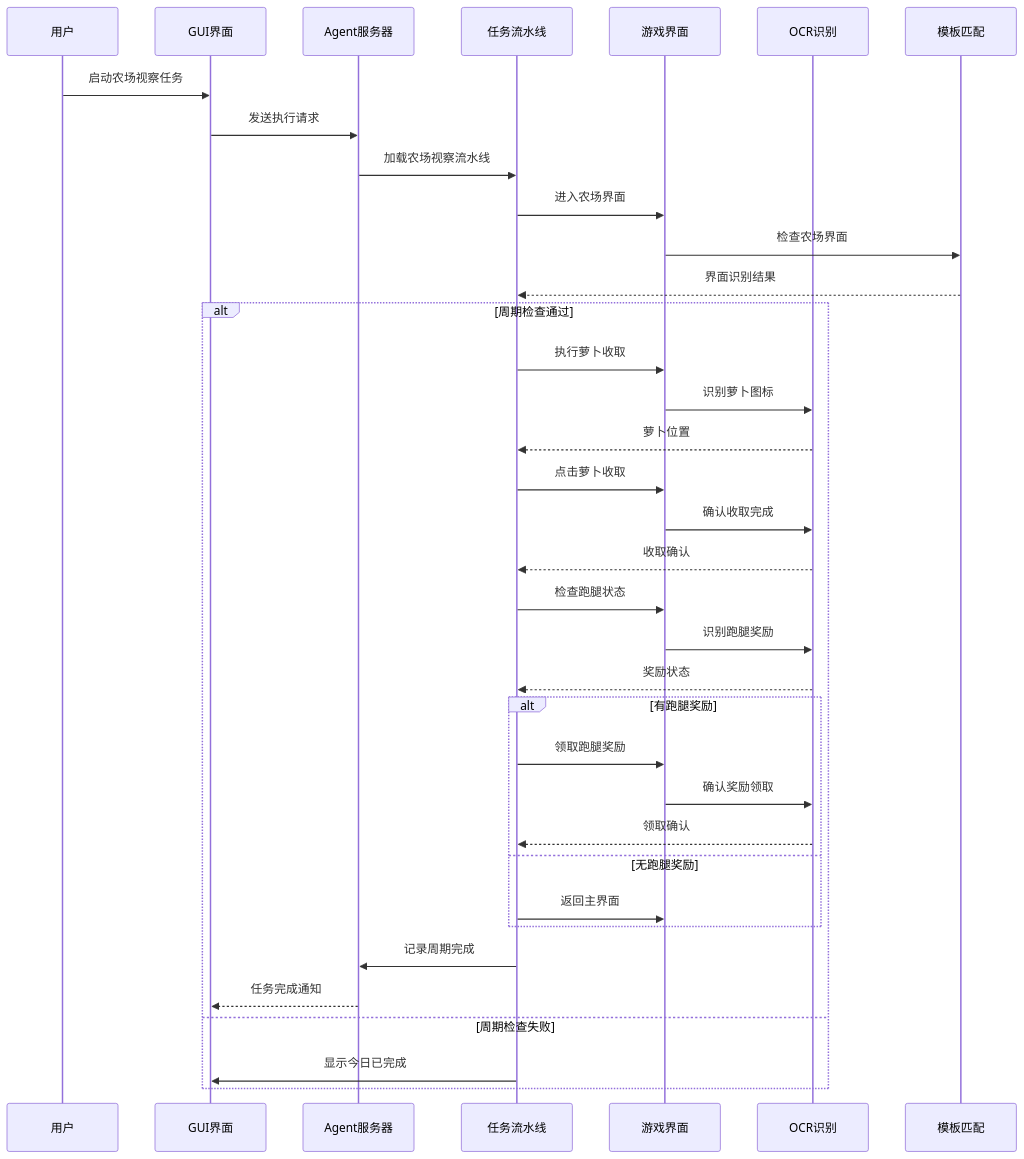
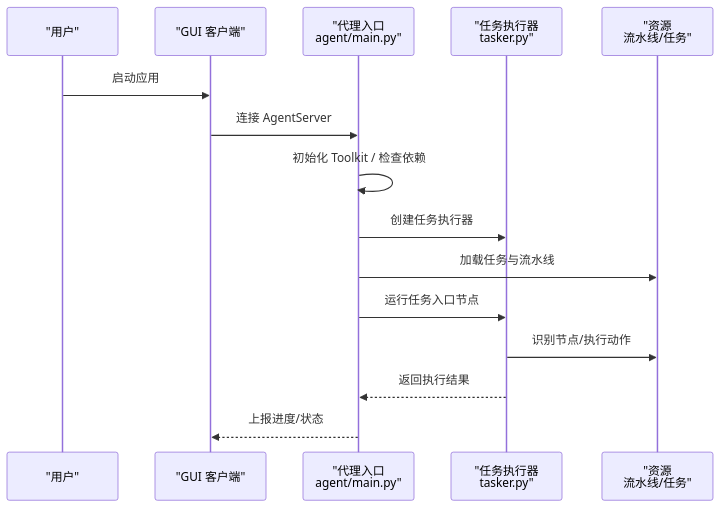
Before and after one commit to kqcoxn/MaaDuDuL: the second of 8 diagrams in .qoder/repowiki/zh/content/Daily Farm Inspection.md, drawn with Mermaid. The commit also changed other lines of this file and 18 other files, not shown here.

````diff
--- a/.qoder/repowiki/zh/content/Daily Farm Inspection.md
+++ b/.qoder/repowiki/zh/content/Daily Farm Inspection.md
@@ -203,38 +100,17 @@
 ```mermaid
 sequenceDiagram
-participant User as 用户
-participant GUI as GUI界面
-participant Agent as Agent服务器
-participant Pipeline as 任务流水线
-participant Game as 游戏界面
-participant OCR as OCR识别
-participant Template as 模板匹配
-User->>GUI : 启动农场视察任务
-GUI->>Agent : 发送执行请求
-Agent->>Pipeline : 加载农场视察流水线
-Pipeline->>Game : 进入农场界面
-Game->>Template : 检查农场界面
-Template-->>Pipeline : 界面识别结果
-alt 周期检查通过
-Pipeline->>Game : 执行萝卜收取
-Game->>OCR : 识别萝卜图标
-OCR-->>Pipeline : 萝卜位置
-Pipeline->>Game : 点击萝卜收取
-Game->>OCR : 确认收取完成
-OCR-->>Pipeline : 收取确认
-Pipeline->>Game : 检查跑腿状态
-Game->>OCR : 识别跑腿奖励
-OCR-->>Pipeline : 奖励状态
-alt 有跑腿奖励
-Pipeline->>Game : 领取跑腿奖励
-Game->>OCR : 确认奖励领取
-OCR-->>Pipeline : 领取确认
-else 无跑腿奖励
-Pipeline->>Game : 返回主界面
-end
-Pipeline->>Agent : 记录周期完成
-Agent-->>GUI : 任务完成通知
-else 周期检查失败
-Pipeline->>GUI : 显示今日已完成
-end
+participant User as "用户"
+participant GUI as "GUI 客户端"
+participant Agent as "代理入口<br/>agent/main.py"
+participant Tasker as "任务执行器<br/>tasker.py"
+participant Res as "资源<br/>流水线/任务"
+User->>GUI : 启动应用
+GUI->>Agent : 连接 AgentServer
+Agent->>Agent : 初始化 Toolkit / 检查依赖
+Agent->>Tasker : 创建任务执行器
+Agent->>Res : 加载任务与流水线
+Agent->>Tasker : 运行任务入口节点
+Tasker->>Res : 识别节点/执行动作
+Tasker-->>Agent : 返回执行结果
+Agent-->>GUI : 上报进度/状态
 ```
````
